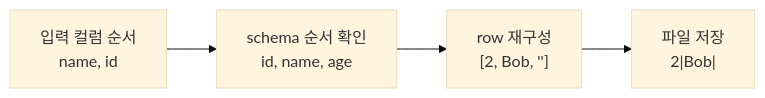
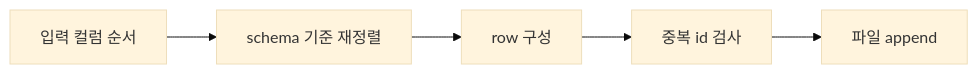
The sixth of 11 diagrams in README.md (whiskend/sql-parser-engine), drawn with Mermaid (base theme) before and after one commit. The commit also changed other lines of this file and 1 other file, not shown here.

````diff
--- a/README.md
+++ b/README.md
@@ -214,6 +121,7 @@
 ```mermaid
 flowchart LR
-    A["입력 컬럼 순서<br/>name, id"] --> B["schema 순서 확인<br/>id, name, age"]
-    B --> C["row 재구성<br/>[2, Bob, '']"]
-    C --> D["파일 저장<br/>2|Bob|"]
+    A["입력 컬럼 순서"] --> B["schema 기준 재정렬"]
+    B --> C["row 구성"]
+    C --> D["중복 id 검사"]
+    D --> E["파일 append"]
 ```
````
